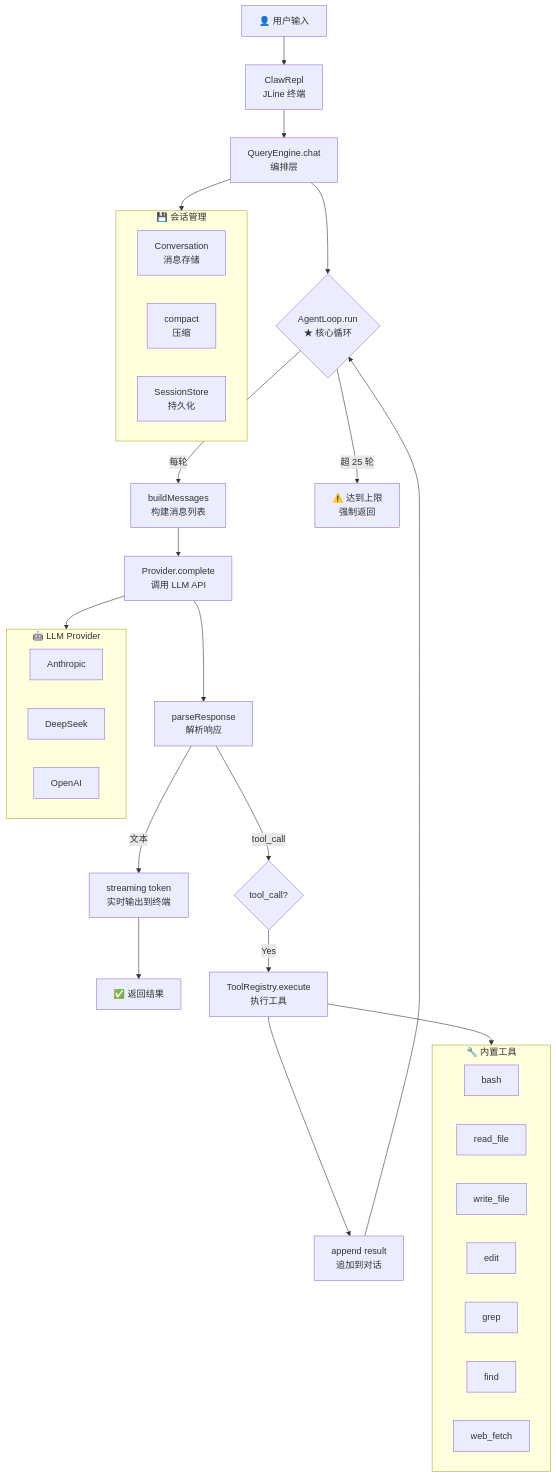
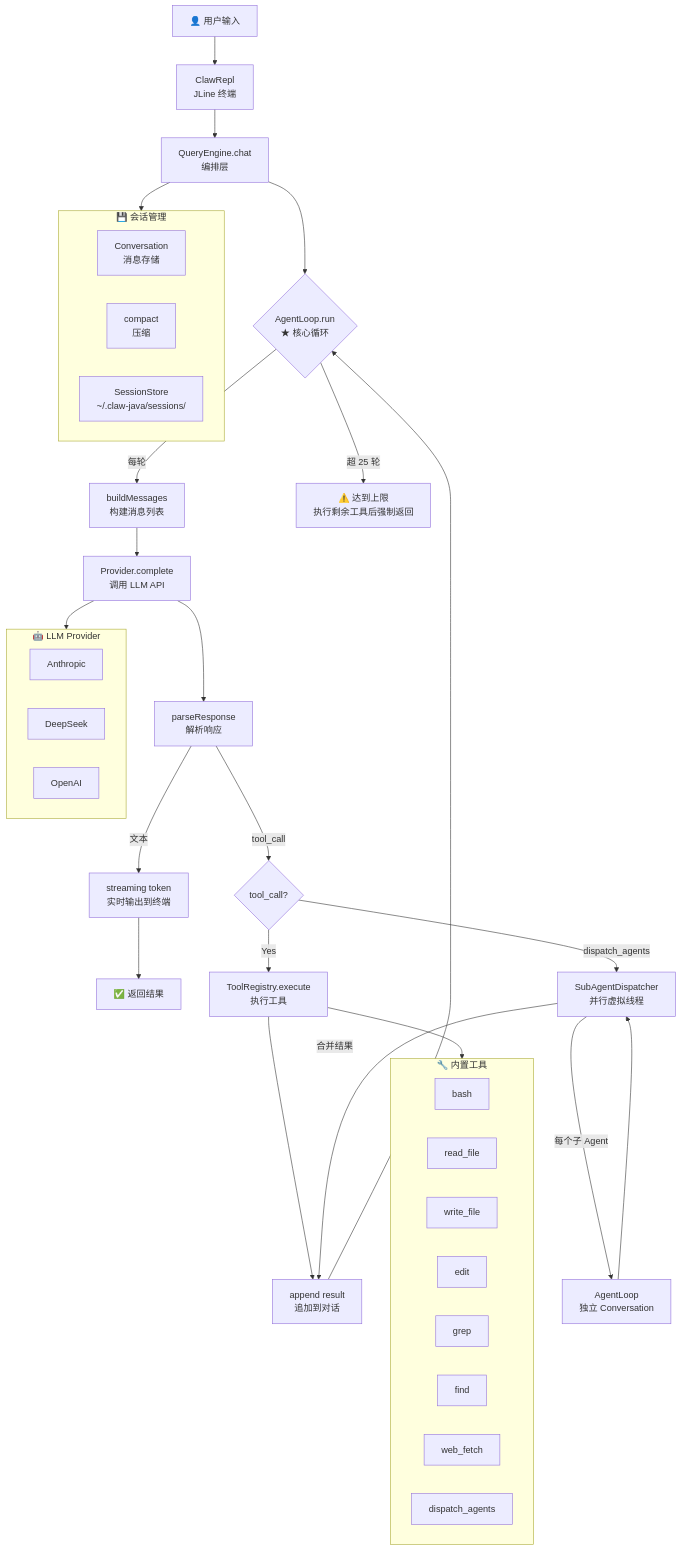
Before and after one commit to hupp1203-cmd/claw-java: the diagram in README.md, drawn with Mermaid. The commit also changed other lines of this file and 10 other files, not shown here.

First line of the commit message:
fix: sub-agent robustness + doc cleanup

````diff
--- a/README.md
+++ b/README.md
@@ -75,48 +78,54 @@
 ```mermaid
 flowchart TD
     U[👤 用户输入] --> REPL[ClawRepl<br/>JLine 终端]
     REPL --> QE[QueryEngine.chat<br/>编排层]
     QE --> AL{AgentLoop.run<br/>★ 核心循环}
 
     AL -->|每轮| BM[buildMessages<br/>构建消息列表]
     BM --> PC[Provider.complete<br/>调用 LLM API]
     PC --> PR[parseResponse<br/>解析响应]
 
     PR -->|文本| ST[streaming token<br/>实时输出到终端]
     ST --> DONE[✅ 返回结果]
 
     PR -->|tool_call| TC{tool_call?}
     TC -->|Yes| EXEC[ToolRegistry.execute<br/>执行工具]
     EXEC --> AR[append result<br/>追加到对话]
     AR --> AL
 
-    AL -->|超 25 轮| LIMIT[⚠️ 达到上限<br/>强制返回]
+    AL -->|超 25 轮| LIMIT[⚠️ 达到上限<br/>执行剩余工具后强制返回]
+
+    TC -->|dispatch_agents| DA[SubAgentDispatcher<br/>并行虚拟线程]
+    DA -->|每个子 Agent| SAL[AgentLoop<br/>独立 Conversation]
+    SAL --> DA
+    DA -->|合并结果| AR
 
     subgraph Tools[🔧 内置工具]
         Bash[bash]
         Read[read_file]
         Write[write_file]
         Edit[edit]
         Grep[grep]
         Find[find]
         Fetch[web_fetch]
+        Dispatch[dispatch_agents]
     end
 
     EXEC --> Tools
 
     subgraph Providers[🤖 LLM Provider]
         Anthro[Anthropic]
         DS[DeepSeek]
         OAI[OpenAI]
     end
 
     PC --> Providers
 
     subgraph Session[💾 会话管理]
         Conv[Conversation<br/>消息存储]
         Comp[compact<br/>压缩]
-        Persist[SessionStore<br/>持久化]
+        Persist[SessionStore<br/>~/.claw-java/sessions/]
     end
 
     QE --> Session
 ```
````
